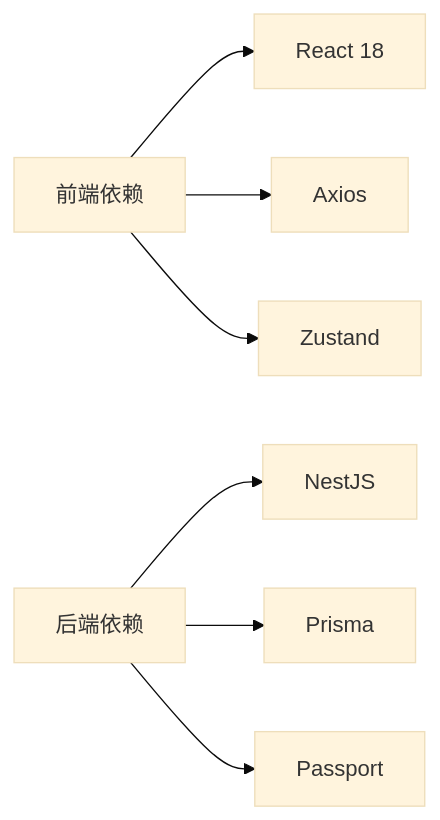
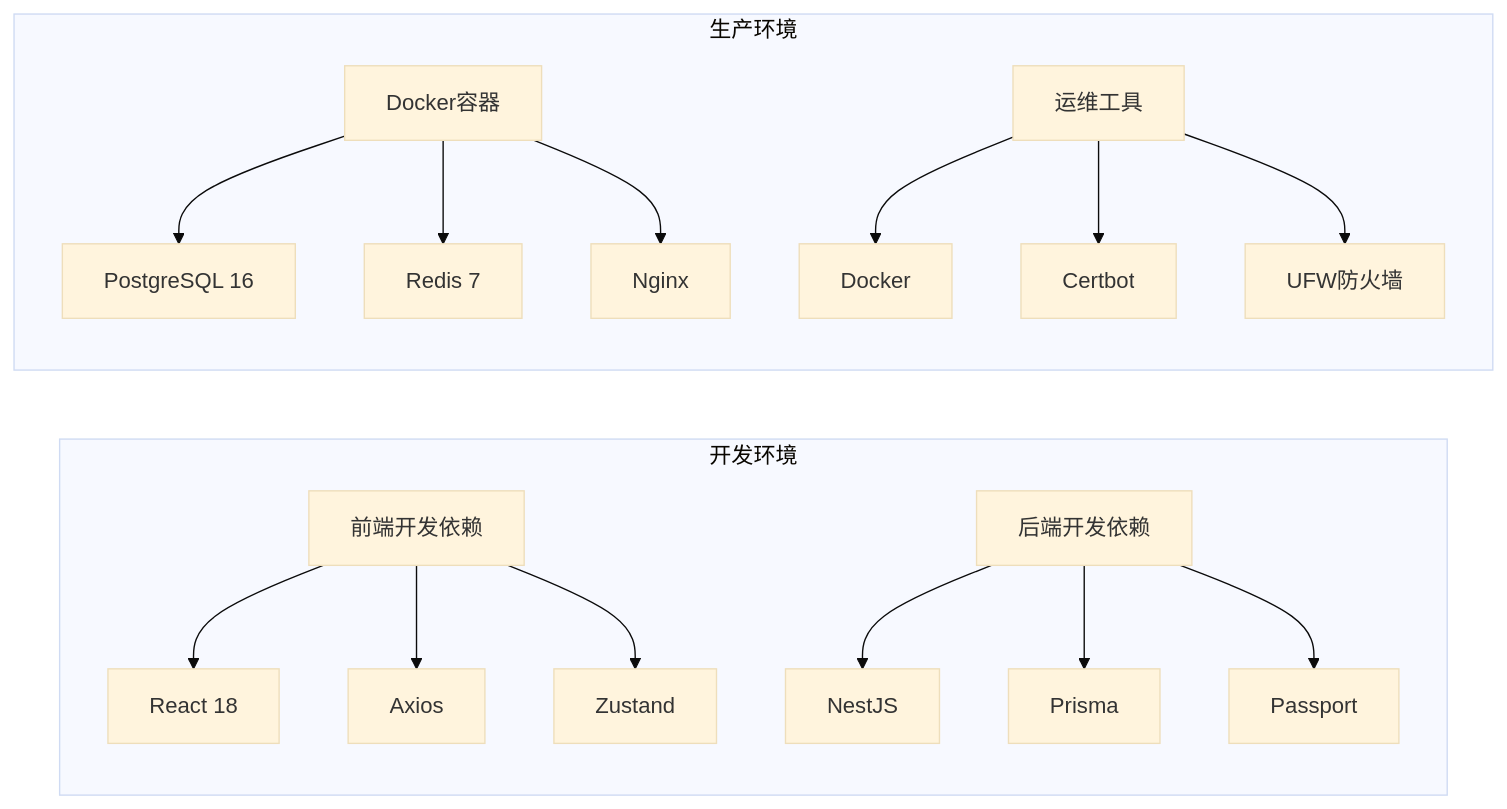
One commit to LouisFantansy/Budget_Mgt_Enterprise changed the seventh of 7 diagrams in .qoder/repowiki/zh/content/快速开始.md. Above: the diagram before and after it, drawn with Mermaid (base theme). The commit also changed other lines of this file and 10 other files, not shown here.

````diff
--- a/.qoder/repowiki/zh/content/快速开始.md
+++ b/.qoder/repowiki/zh/content/快速开始.md
@@ -207,9 +441,19 @@
 ```mermaid
 graph LR
-FE["前端依赖"] --> REACT["React 18"]
-FE --> AXIOS["Axios"]
-FE --> ZUSTAND["Zustand"]
-BE["后端依赖"] --> NEST["NestJS"]
-BE --> PRISMA["Prisma"]
-BE --> PASSPORT["Passport"]
+subgraph "开发环境"
+DEV_FE["前端开发依赖"] --> REACT_DEV["React 18"]
+DEV_FE --> AXIOS_DEV["Axios"]
+DEV_FE --> ZUSTAND_DEV["Zustand"]
+DEV_BE["后端开发依赖"] --> NEST_DEV["NestJS"]
+DEV_BE --> PRISMA_DEV["Prisma"]
+DEV_BE --> PASSPORT_DEV["Passport"]
+end
+subgraph "生产环境"
+PROD_CONTAINERS["Docker容器"] --> POSTGRES_PROD["PostgreSQL 16"]
+PROD_CONTAINERS --> REDIS_PROD["Redis 7"]
+PROD_CONTAINERS --> NGINX_PROD["Nginx"]
+PROD_TOOLS["运维工具"] --> DOCKER_PROD["Docker"]
+PROD_TOOLS --> CERTBOT_PROD["Certbot"]
+PROD_TOOLS --> UFW_PROD["UFW防火墙"]
+end
 ```
````
